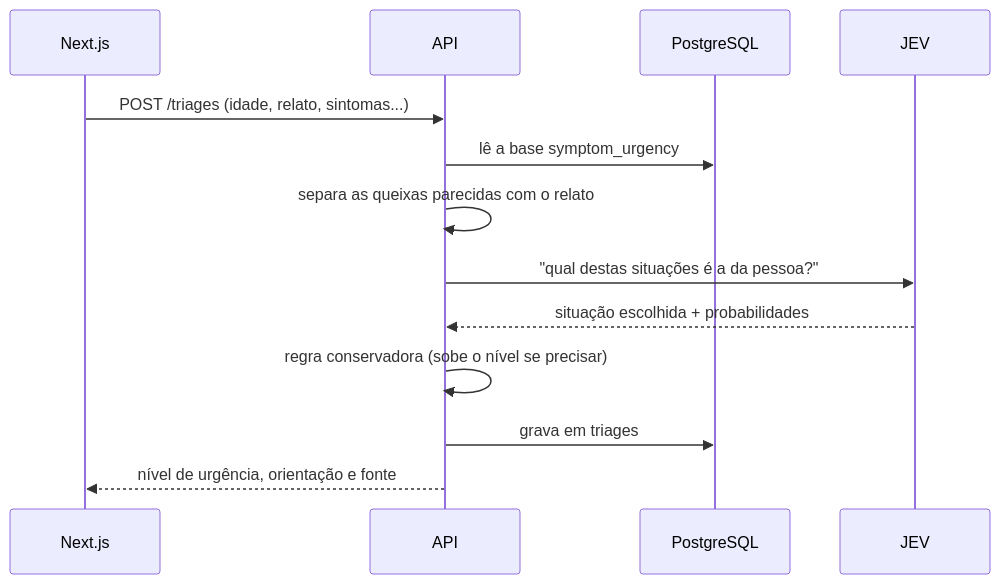
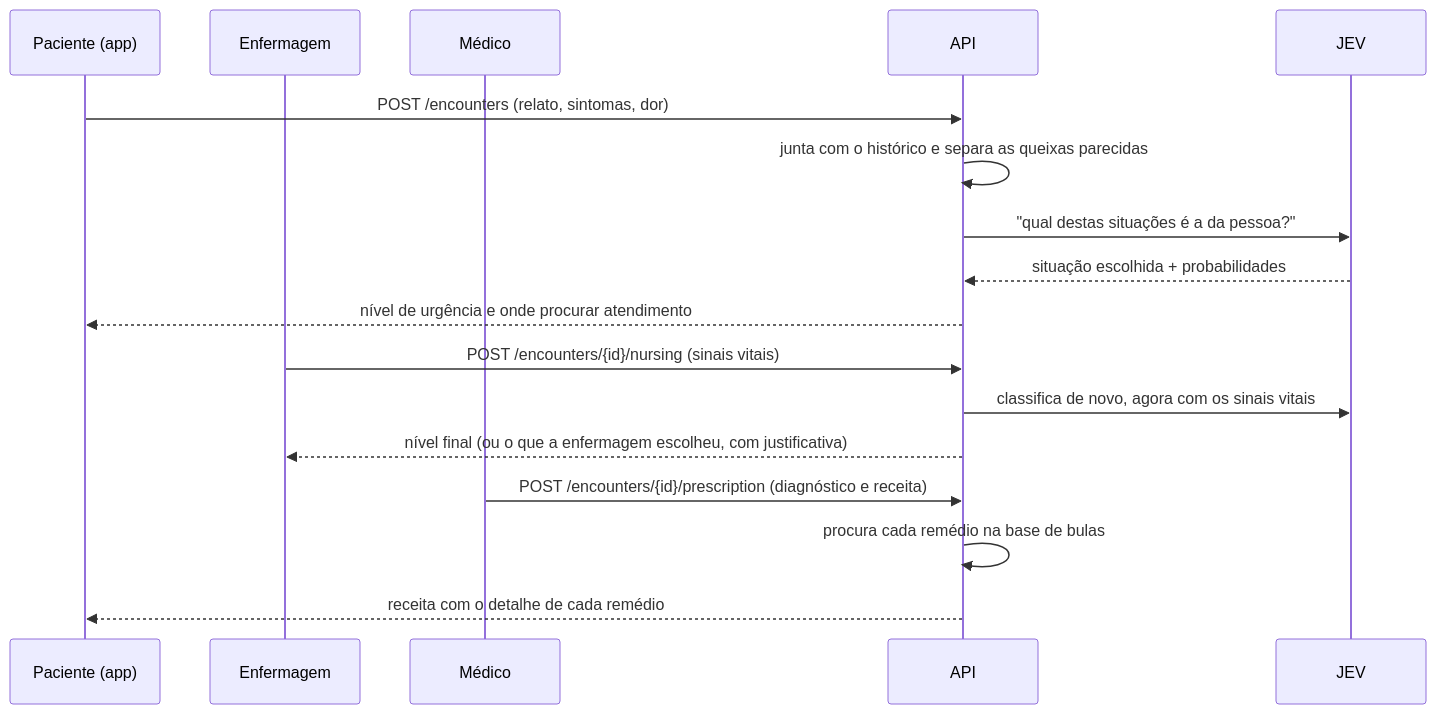
Before and after one commit to Gabriel-Cintra-RJ/TriIAge: the second of 2 diagrams in TriIAge-backend/docs/01-overview.md, drawn with Mermaid. The commit also changed other lines of this file and 91 other files, not shown here.

````diff
--- a/TriIAge-backend/docs/01-overview.md
+++ b/TriIAge-backend/docs/01-overview.md
@@ -38,16 +38,20 @@
 ```mermaid
 sequenceDiagram
-    participant F as Next.js
+    participant P as Paciente (app)
+    participant E as Enfermagem
+    participant M as Médico
     participant A as API
-    participant DB as PostgreSQL
     participant J as JEV
 
-    F->>A: POST /triages (idade, relato, sintomas...)
-    A->>DB: lê a base symptom_urgency
-    A->>A: separa as queixas parecidas com o relato
+    P->>A: POST /encounters (relato, sintomas, dor)
+    A->>A: junta com o histórico e separa as queixas parecidas
     A->>J: "qual destas situações é a da pessoa?"
     J-->>A: situação escolhida + probabilidades
-    A->>A: regra conservadora (sobe o nível se precisar)
-    A->>DB: grava em triages
-    A-->>F: nível de urgência, orientação e fonte
+    A-->>P: nível de urgência e onde procurar atendimento
+    E->>A: POST /encounters/{id}/nursing (sinais vitais)
+    A->>J: classifica de novo, agora com os sinais vitais
+    A-->>E: nível final (ou o que a enfermagem escolheu, com justificativa)
+    M->>A: POST /encounters/{id}/prescription (diagnóstico e receita)
+    A->>A: procura cada remédio na base de bulas
+    A-->>P: receita com o detalhe de cada remédio
 ```
````
